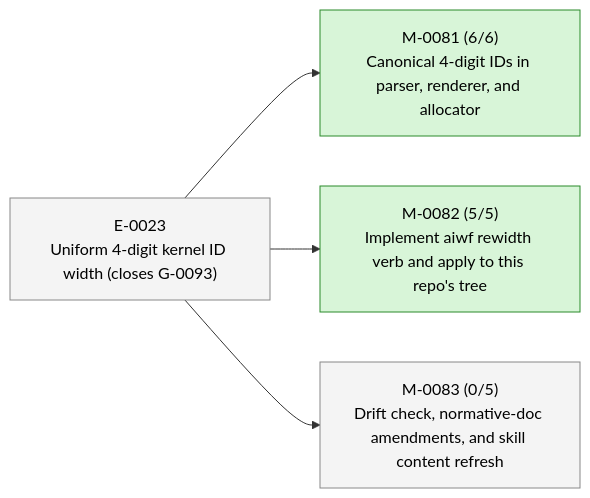
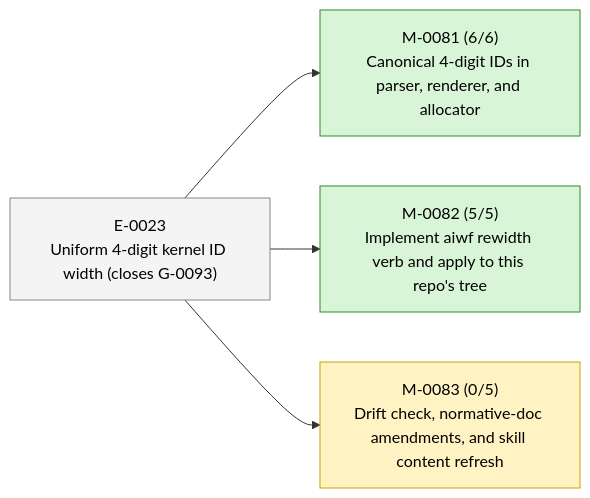
Before and after one commit to 23min/aiwf: the second of 2 diagrams in STATUS.md, drawn with Mermaid. The commit also changed other lines of this file and 1 other file, not shown here.

First line of the commit message:
aiwf promote M-0083 draft -> in_progress

````diff
--- a/STATUS.md
+++ b/STATUS.md
@@ -47,16 +47,16 @@
 ```mermaid
 flowchart LR
   E_0023["E-0023<br/>Uniform 4-digit kernel ID width (closes G-0093)"]:::epic_proposed
   M_0081["M-0081 (6/6)<br/>Canonical 4-digit IDs in parser, renderer, and allocator"]:::ms_done
   E_0023 --> M_0081
   M_0082["M-0082 (5/5)<br/>Implement aiwf rewidth verb and apply to this repo's tree"]:::ms_done
   E_0023 --> M_0082
-  M_0083["M-0083 (0/5)<br/>Drift check, normative-doc amendments, and skill content refresh"]:::ms_draft
+  M_0083["M-0083 (0/5)<br/>Drift check, normative-doc amendments, and skill content refresh"]:::ms_in_progress
   E_0023 --> M_0083
   classDef epic_active fill:#d6eaff,stroke:#1a73e8,color:#000
   classDef epic_proposed fill:#f4f4f4,stroke:#888,color:#000
   classDef ms_done fill:#d8f5d8,stroke:#2a8a2a,color:#000
   classDef ms_in_progress fill:#fff3c4,stroke:#caa400,color:#000
   classDef ms_draft fill:#f4f4f4,stroke:#888,color:#000
   classDef ms_cancelled fill:#fbeaea,stroke:#c33,color:#000
 ```
````
